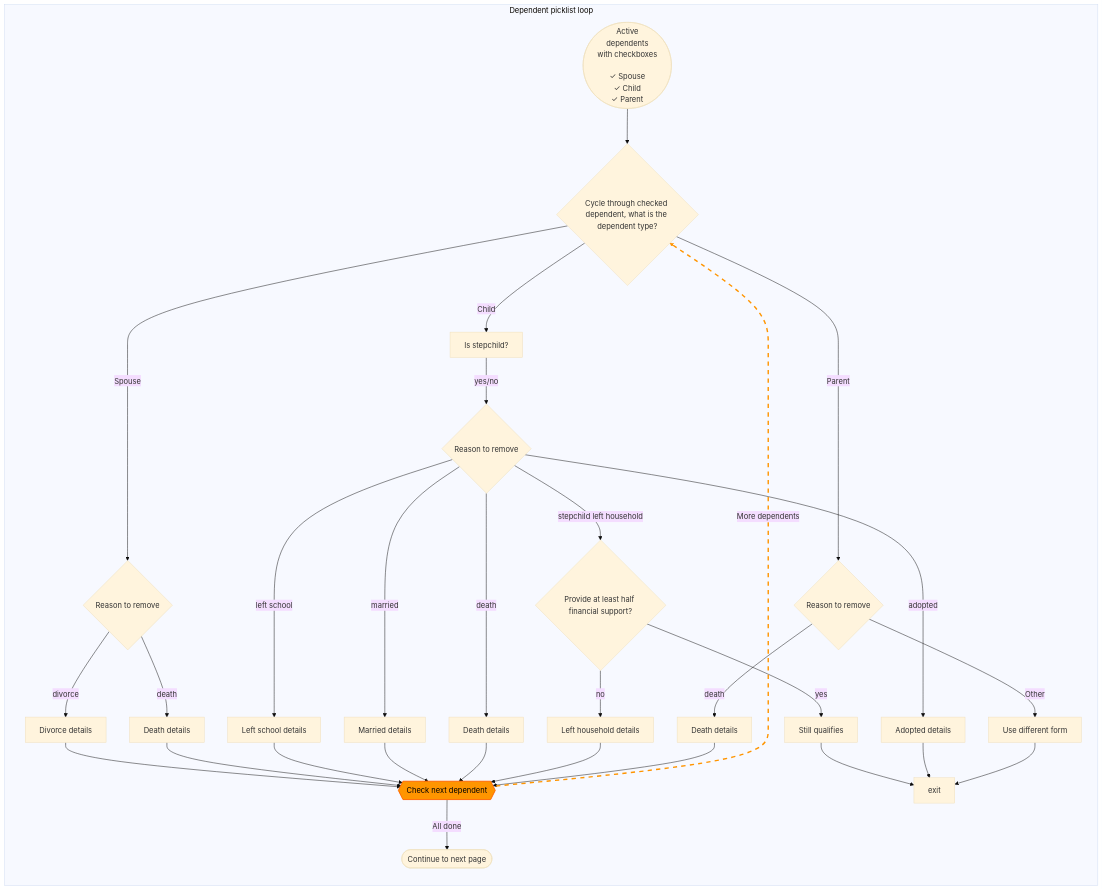
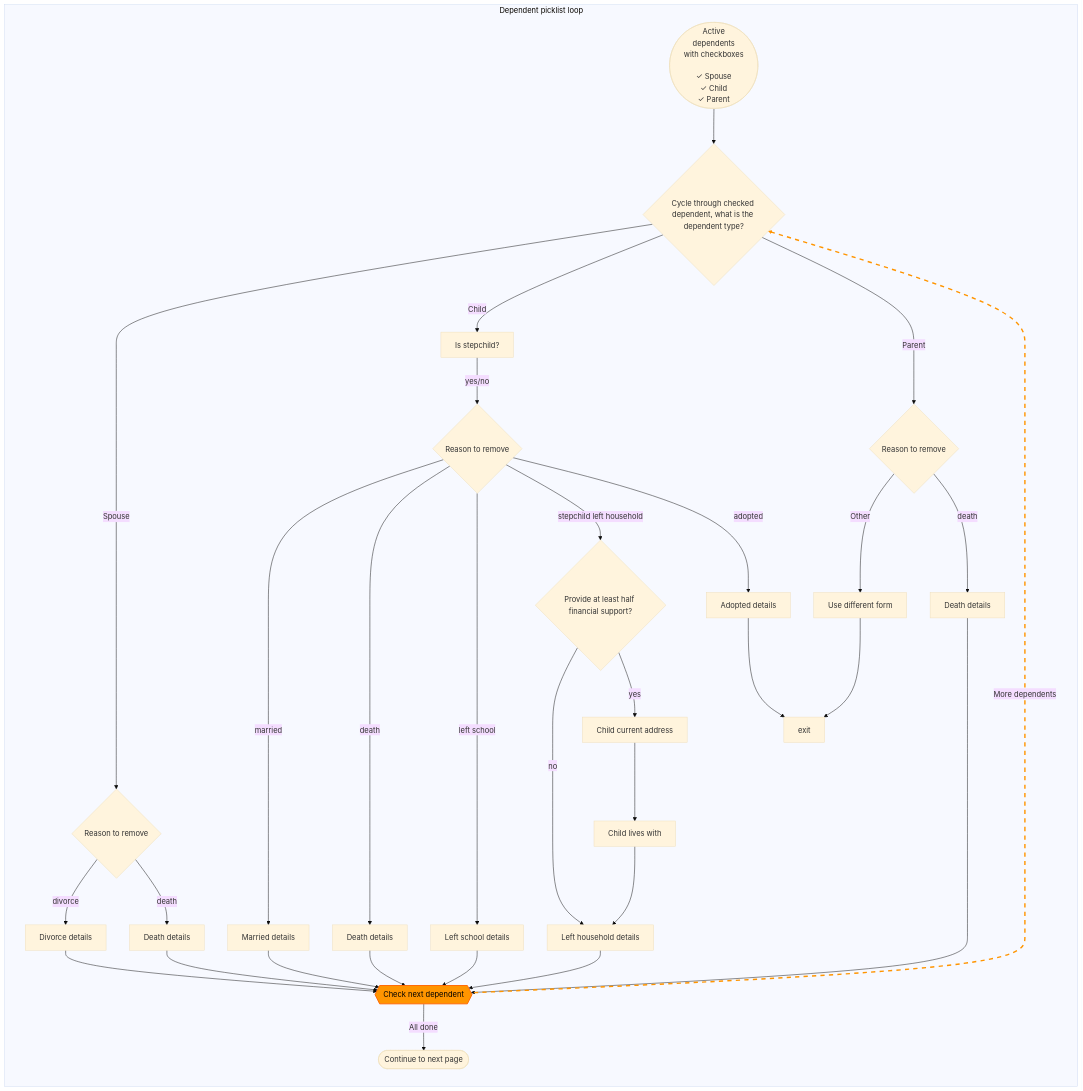
One commit to department-of-veterans-affairs/va.gov-team changed the diagram in products/dependents/picklist/flow.md. Above: the diagram before and after it, drawn with Mermaid (base theme). The commit also changed other lines of this file, not shown here.

Commit message:
Update flow for stepchild in picklist flow
Modified stepchild left household flow to include new steps for stepchild address and who they are living with.

````diff
--- a/products/dependents/picklist/flow.md
+++ b/products/dependents/picklist/flow.md
@@ -3,48 +3,49 @@
 ```mermaid
 flowchart TD
   Start([Active<br>dependents<br>with checkboxes<br><br>✓ Spouse<br>✓ Child<br>✓ Parent])
 
   subgraph DepLoop[Dependent picklist loop]
     direction TB
     DepType{Cycle through checked dependent, what is the dependent type?}
     Start --> DepType
     DepType -- "Spouse" --> SpouseReasonToRemove{Reason to remove}
     SpouseReasonToRemove -- "divorce" --> SpouseDetails[Divorce details]
     SpouseDetails --> NextDep
     SpouseReasonToRemove -- "death" --> SpouseDeathDetails[Death details]
     SpouseDeathDetails --> NextDep
 
     DepType -- "Child" --> ChildIsStepchild[Is stepchild?]
     ChildIsStepchild -- yes/no --> ChildReasonToRemove{Reason to remove}
     ChildLeftSchoolDetails --> NextDep
     ChildReasonToRemove -- "married" --> ChildMarriedDetails[Married details]
     ChildMarriedDetails --> NextDep
     ChildReasonToRemove -- "death" --> ChildDeathDetails[Death details]
     ChildDeathDetails --> NextDep
     ChildReasonToRemove -- "left school" --> ChildLeftSchoolDetails[Left school details]
     ChildReasonToRemove -- "stepchild left household" --> ChildHalfFinancialSupport{Provide at least half financial support?}
     ChildHalfFinancialSupport -- "no" --> ChildLeftHouseholdDetails[Left household details]
     ChildLeftHouseholdDetails --> NextDep
-    ChildHalfFinancialSupport -- "yes" --> ChildStillQualifies2[Still qualifies]
-    ChildStillQualifies2 --> exit
+    ChildHalfFinancialSupport -- "yes" --> ChildAddress[Child current address]
+    ChildAddress --> ChildLivesWith[Child lives with]
+    ChildLivesWith --> ChildLeftHouseholdDetails
     ChildReasonToRemove -- "adopted" --> ChildAdoptedDetails[Adopted details]
     ChildAdoptedDetails --> exit
 
     DepType -- "Parent" --> ParentReasonToRemove{Reason to remove}
     ParentReasonToRemove -- "Other" --> ParentExit[Use different form]
     ParentExit --> exit
     ParentReasonToRemove -- "death" --> ParentDeathDetails[Death details]
     ParentDeathDetails --> NextDep
 
     NextDep@{ shape: hex, label: "Check next dependent" }
     NextDep l1@-- "More dependents" --> DepType
     NextDep -- "All done" --> Done([Continue to next page])
   end
 
   classDef animate stroke-dasharray: 9,5,stroke-dashoffset: 1200,animation: dash 25s linear infinite, stroke:#ff9500, stroke-width:3px;
   class l1 animate
 
   %% Styling
   style NextDep fill:#ff9500,stroke:#ff6600,stroke-width:2px,color:#000000
 
 ```
````
